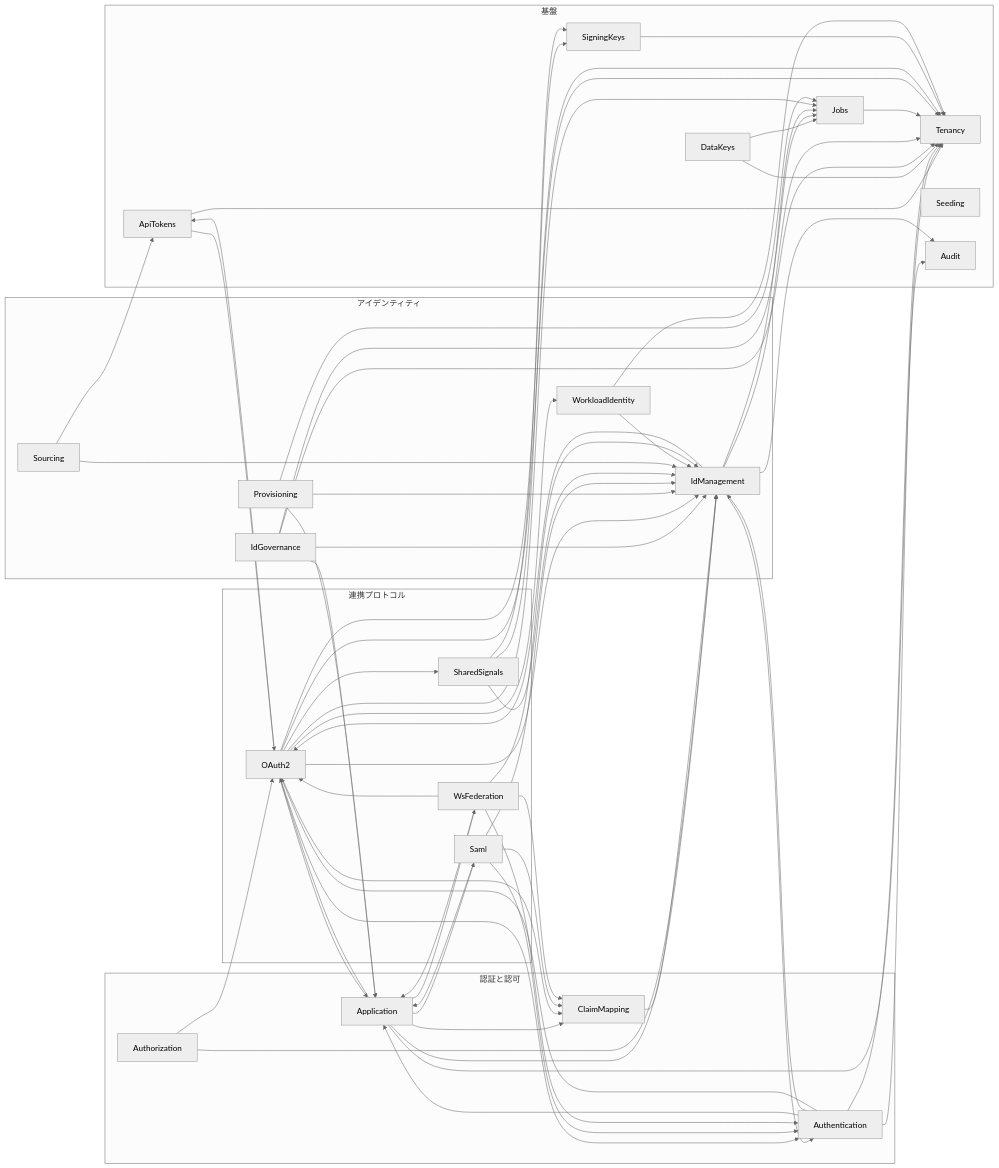
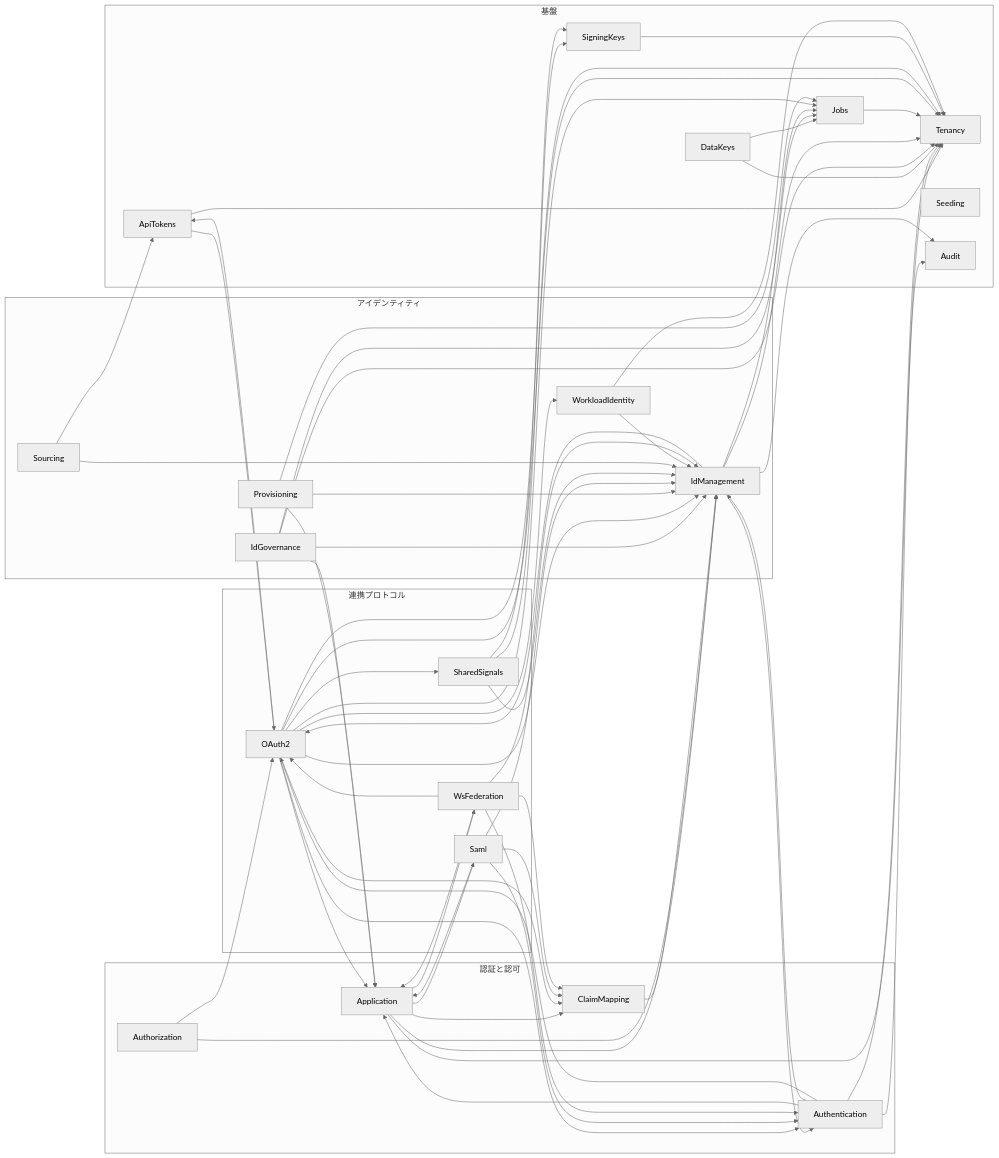
One commit to ambi/idmagic changed the diagram in docs/modules/README.md. Above: the diagram before and after it, drawn with Mermaid (neutral theme). The commit also changed 22 other files, not shown here.

```diff
--- a/docs/modules/README.md
+++ b/docs/modules/README.md
@@ -130,7 +130,6 @@
   ApiTokens --> Tenancy
   Application --> ClaimMapping
   Application --> IdManagement
-  Application --> OAuth2
   Application --> Saml
   Application --> Tenancy
   Application --> WsFederation
```
